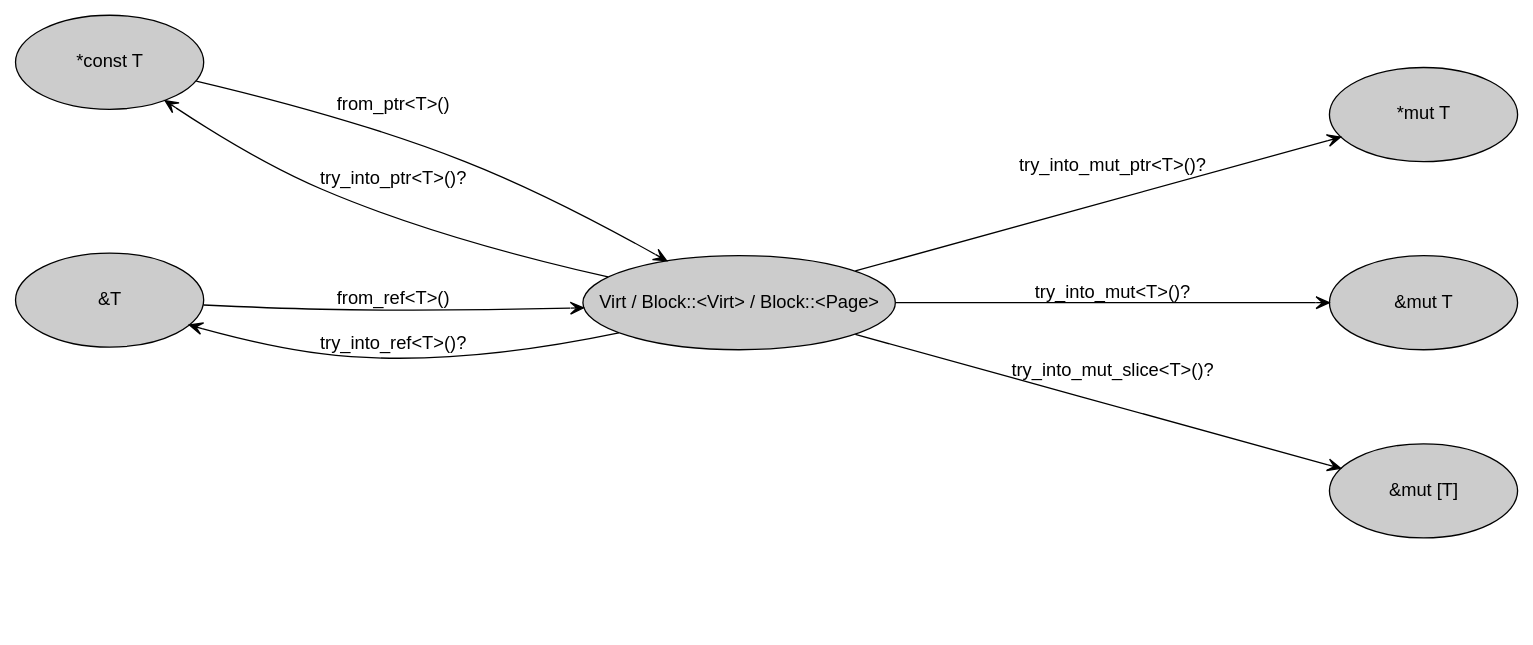
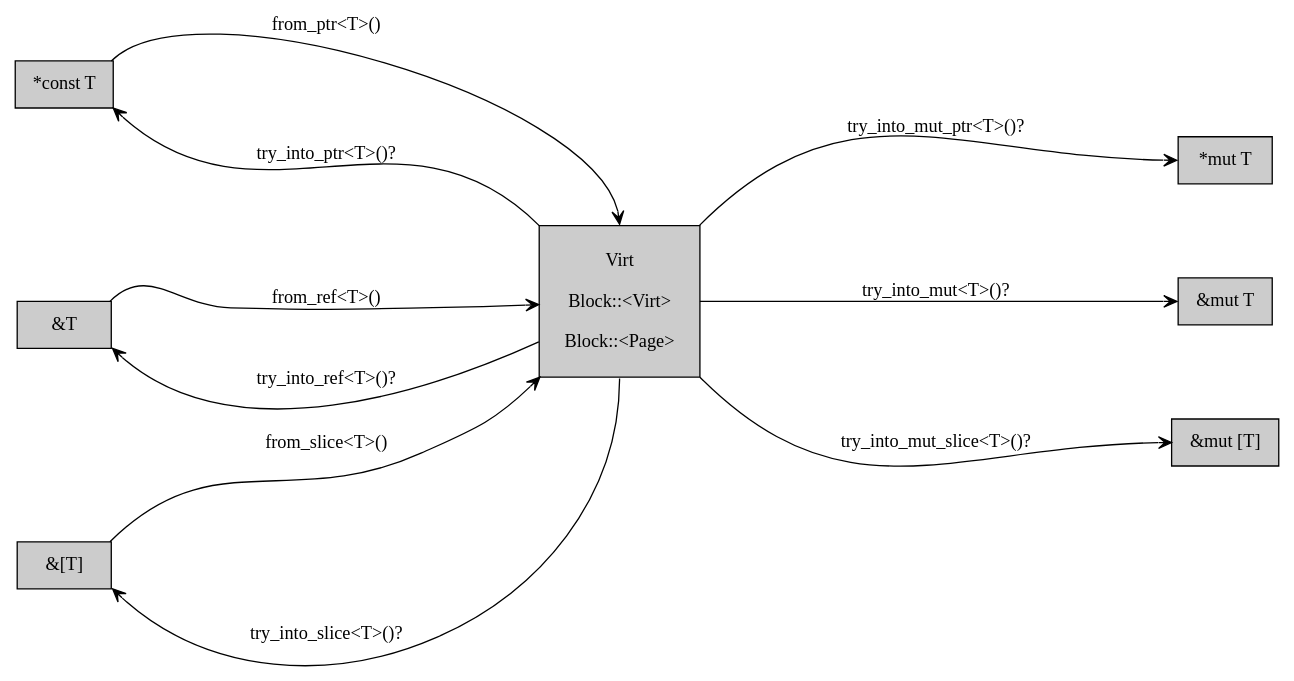
Before and after one commit to AntonGlinisty/nikka-practice: the diagram in lab/src/2-mm-0-intro-3-block-virt.dot, drawn with Graphviz. The commit also changed 5 other files, not shown here.

Commit message:
Polish diagrams for lab 2-mm

```diff
--- a/lab/src/2-mm-0-intro-3-block-virt.dot
+++ b/lab/src/2-mm-0-intro-3-block-virt.dot
@@ -1,32 +1,31 @@
 digraph diagram {
     rankdir = LR
     ranksep = 2.5
     nodesep = 1
 
     fontname="Helvetica,Arial,sans-serif"
 
-    node [fontname = "Helvetica,Arial,sans-serif"; width = 2.0; height = 1.0; style = filled; fillcolor = "#CCCCCC"]
-    edge [arrowhead = vee; fontname="Helvetica,Arial,sans-serif"]
+    node [shape = box; width = 1.0; height = 0.5; style = filled; fillcolor = "#CCCCCC"]
+    edge [arrowhead = vee]
 
-    Virt [label = "Virt / Block::<Virt> / Block::<Page>"]
+    Virt [label = "\nVirt\n\nBlock::<Virt>\n\nBlock::<Page>\n "]
 
     const_ptr [label = "*const T"]
     const_ref [label = "&T"]
-    left_blank [style = invis]
-
-    const_ref -> left_blank [constraint = false; style = invis]
+    const_slice [label = "&[T]"]
 
     mut_ptr [label = "*mut T"]
     mut_ref [label = "&mut T"]
     mut_slice [label = "&mut [T]"]
 
-    const_ptr -> Virt [label = "from_ptr<T>()"]
-    const_ref -> Virt [label = "from_ref<T>()"]
-    left_blank -> Virt [style = invis]
+    const_ptr:ne -> Virt:n [label = "from_ptr<T>()"]
+    const_ref:ne -> Virt [label = "from_ref<T>()"]
+    const_slice:ne -> Virt:sw [label = "from_slice<T>()"]
 
-    Virt -> const_ptr [constraint = false; label = "try_into_ptr<T>()?"]
-    Virt -> const_ref [constraint = false; label = "try_into_ref<T>()?"]
-    Virt -> mut_ptr [label = "try_into_mut_ptr<T>()?"]
-    Virt -> mut_ref [label = "try_into_mut<T>()?"]
-    Virt -> mut_slice [label = "try_into_mut_slice<T>()?"]
+    Virt:nw -> const_ptr:se [constraint = false; label = "try_into_ptr<T>()?"]
+    Virt -> const_ref:se [constraint = false; label = "try_into_ref<T>()?"]
+    Virt:s -> const_slice:se [constraint = false; label = "try_into_slice<T>()?"]
+    Virt:ne -> mut_ptr:w [label = "try_into_mut_ptr<T>()?"]
+    Virt:e -> mut_ref:w [label = "try_into_mut<T>()?"]
+    Virt:se -> mut_slice:w [label = "try_into_mut_slice<T>()?"]
 }
```
